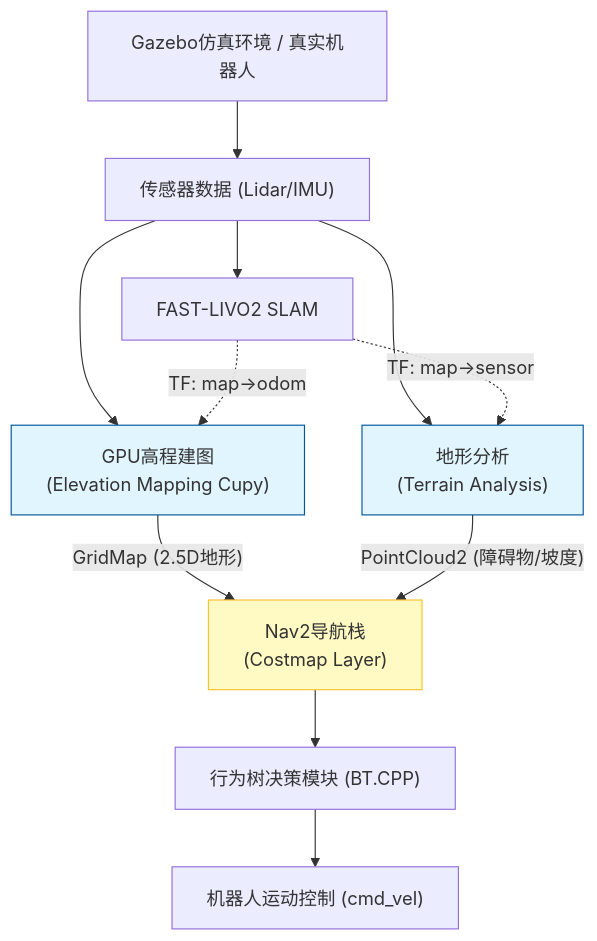
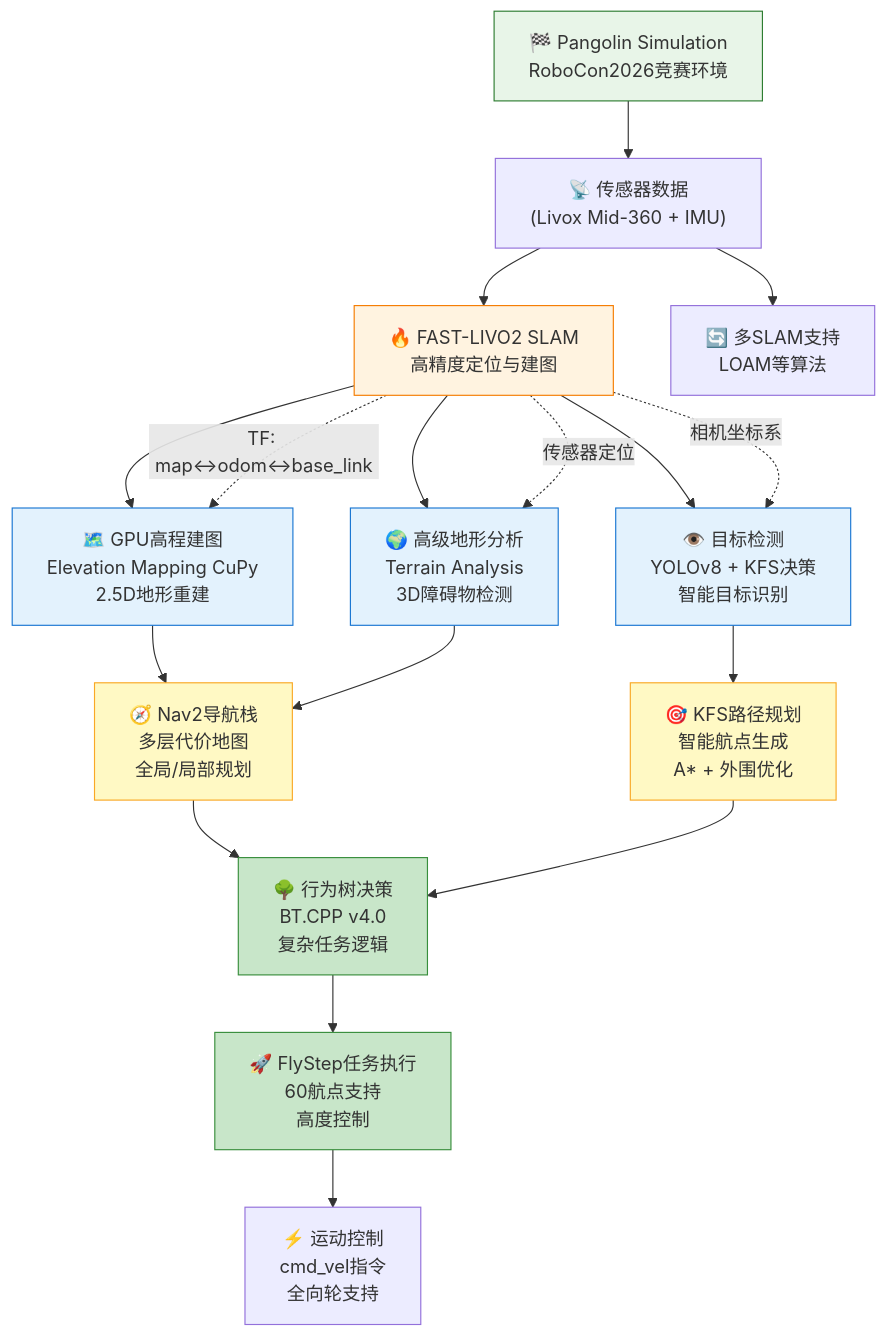
Before and after one commit to OH1412/SCURC_Nav_Sim: the first of 2 diagrams in README.md, drawn with Mermaid. The commit also changed other lines of this file and 9 other files, not shown here.

````diff
--- a/README.md
+++ b/README.md
@@ -39,28 +54,42 @@
 ```mermaid
 graph TD
-    A["Gazebo仿真环境 / 真实机器人"] --> B["传感器数据 (Lidar/IMU)"]
-    
-    %% SLAM 部分
-    B --> C["FAST-LIVO2 SLAM"]
-    
-    %% 双流感知部分 - 平行关系
-    B --> D1["GPU高程建图<br>(Elevation Mapping Cupy)"]
-    B --> D2["地形分析<br>(Terrain Analysis)"]
-    
-    %% TF 变换关系
-    C -.->|"TF: map->odom"| D1
-    C -.->|"TF: map->sensor"| D2
-    
-    %% 数据融合到 Nav2
-    D1 -->|"GridMap (2.5D地形)"| E["Nav2导航栈<br>(Costmap Layer)"]
-    D2 -->|"PointCloud2 (障碍物/坡度)"| E
-    
-    %% 决策与控制
-    E --> F["行为树决策模块 (BT.CPP)"]
-    F --> G["机器人运动控制 (cmd_vel)"]
-    
-    %% 样式调整（可选，让图更清晰）
-    style D1 fill:#e1f5fe,stroke:#01579b
-    style D2 fill:#e1f5fe,stroke:#01579b
-    style E fill:#fff9c4,stroke:#fbc02d
+    A["🏁 Pangolin Simulation<br/>RoboCon2026竞赛环境"] --> B["📡 传感器数据<br/>(Livox Mid-360 + IMU)"]
+
+    %% SLAM定位系统
+    B --> C["🔥 FAST-LIVO2 SLAM<br/>高精度定位与建图"]
+    B --> D["🔄 多SLAM支持<br/>LOAM等算法"]
+
+    %% 并行感知处理
+    C --> E["🗺️ GPU高程建图<br/>Elevation Mapping CuPy<br/>2.5D地形重建"]
+    C --> F["🌍 高级地形分析<br/>Terrain Analysis<br/>3D障碍物检测"]
+    C --> G["👁️ 目标检测<br/>YOLOv8 + KFS决策<br/>智能目标识别"]
+
+    %% TF坐标变换系统
+    C -.->|"TF: map↔odom↔base_link"| E
+    C -.->|"传感器定位"| F
+    C -.->|"相机坐标系"| G
+
+    %% 多层导航融合
+    E --> H["🧭 Nav2导航栈<br/>多层代价地图<br/>全局/局部规划"]
+    F --> H
+    G --> I["🎯 KFS路径规划<br/>智能航点生成<br/>A* + 外围优化"]
+
+    %% 决策与执行
+    H --> J["🌳 行为树决策<br/>BT.CPP v4.0<br/>复杂任务逻辑"]
+    I --> J
+    J --> K["🚀 FlyStep任务执行<br/>60航点支持<br/>高度控制"]
+
+    %% 最终控制输出
+    K --> L["⚡ 运动控制<br/>cmd_vel指令<br/>全向轮支持"]
+
+    %% 样式定义
+    style A fill:#e8f5e8,stroke:#2e7d32
+    style C fill:#fff3e0,stroke:#f57c00
+    style E fill:#e3f2fd,stroke:#1976d2
+    style F fill:#e3f2fd,stroke:#1976d2
+    style G fill:#e3f2fd,stroke:#1976d2
+    style H fill:#fff9c4,stroke:#f9a825
+    style I fill:#fff9c4,stroke:#f9a825
+    style J fill:#c8e6c9,stroke:#388e3c
+    style K fill:#c8e6c9,stroke:#388e3c
 ```
````
